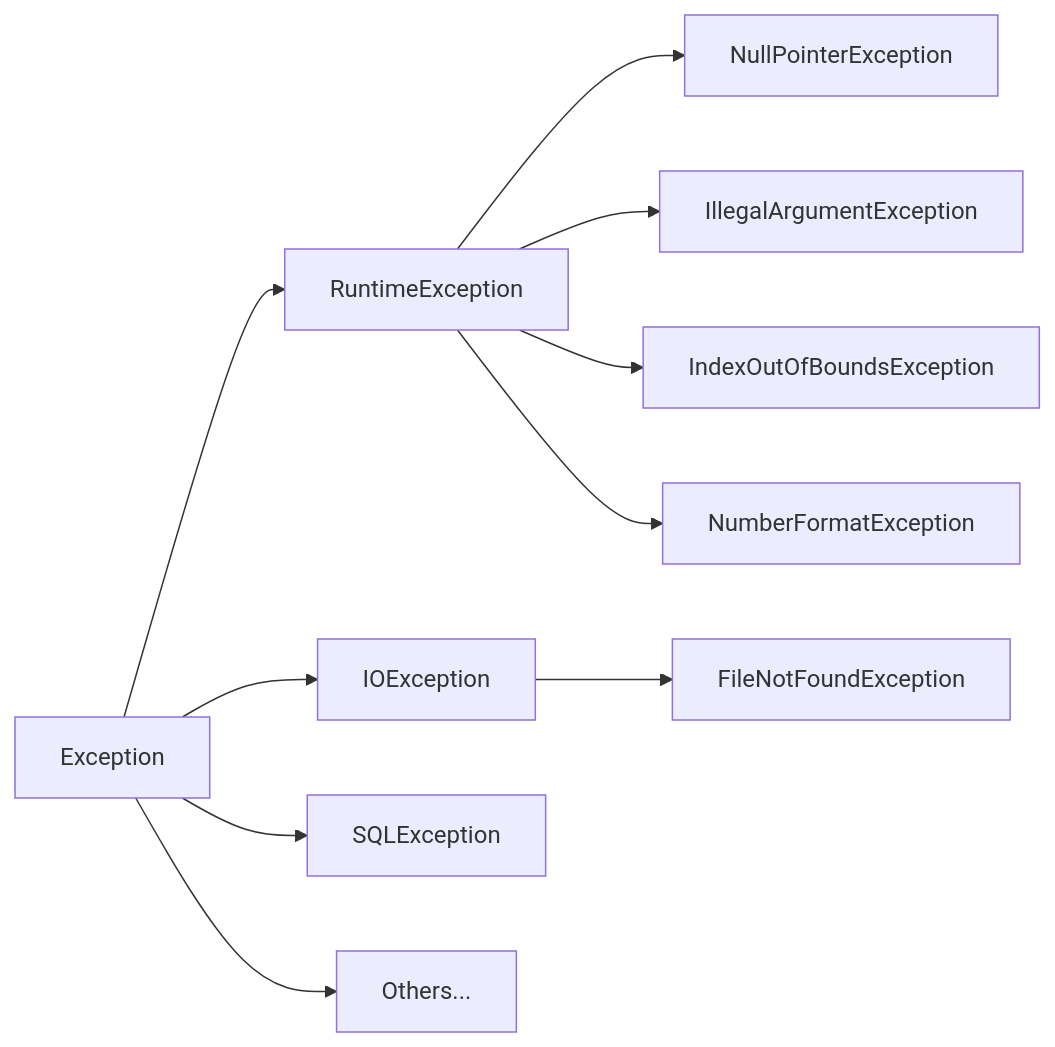
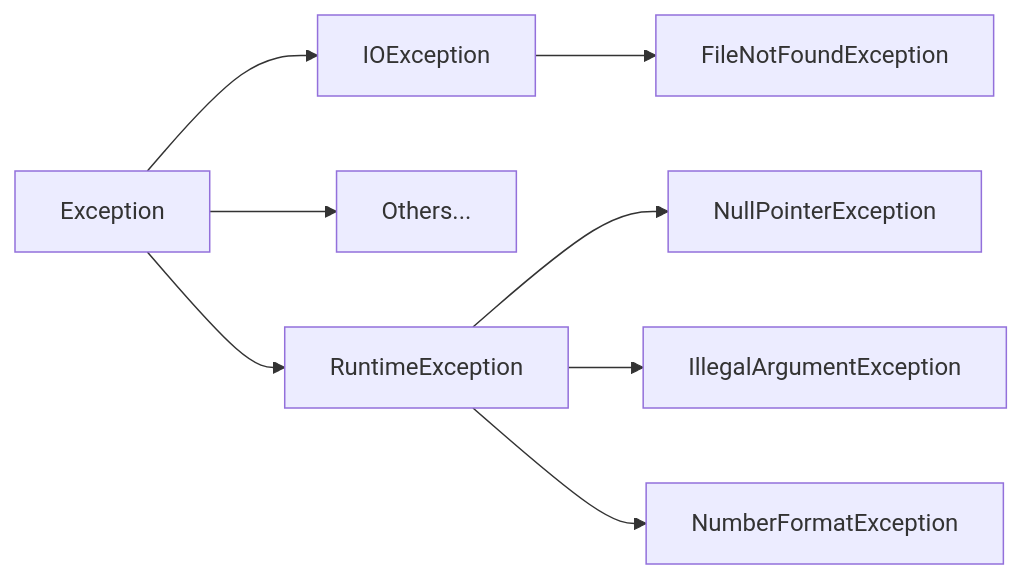
The diagram in src/18_checked_unchecked/index.md (csc203-calpoly/lecture-notes), drawn with Mermaid before and after one commit. The commit also changed other lines of this file and 1 other file, not shown here.

````diff
--- a/src/18_checked_unchecked/index.md
+++ b/src/18_checked_unchecked/index.md
@@ -42,12 +49,10 @@
 ```mermaid
 flowchart LR
+  Exception --> IOException
+  Exception --> Others...
+  IOException --> FileNotFoundException
   Exception --> RuntimeException
   RuntimeException --> NullPointerException
   RuntimeException --> IllegalArgumentException
-  RuntimeException --> IndexOutOfBoundsException
   RuntimeException --> NumberFormatException
-  Exception --> IOException
-  IOException --> FileNotFoundException
-  Exception --> SQLException
-  Exception --> Others...
 ```
````
